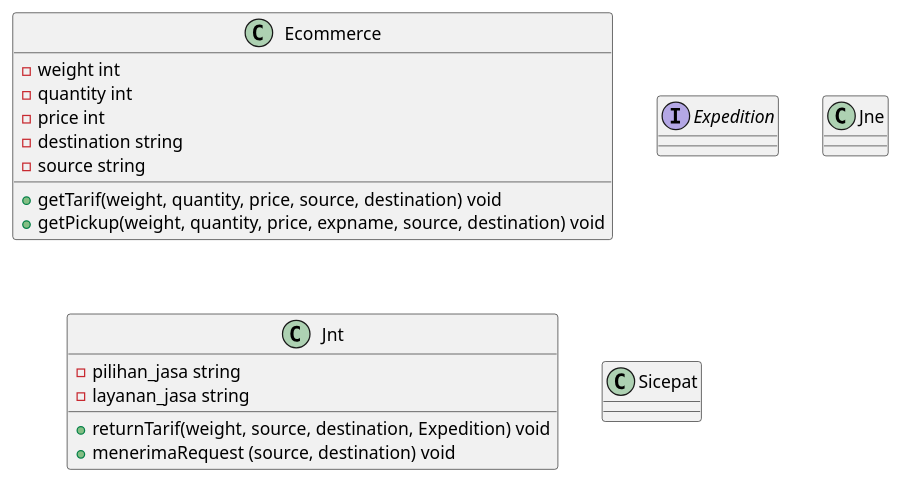
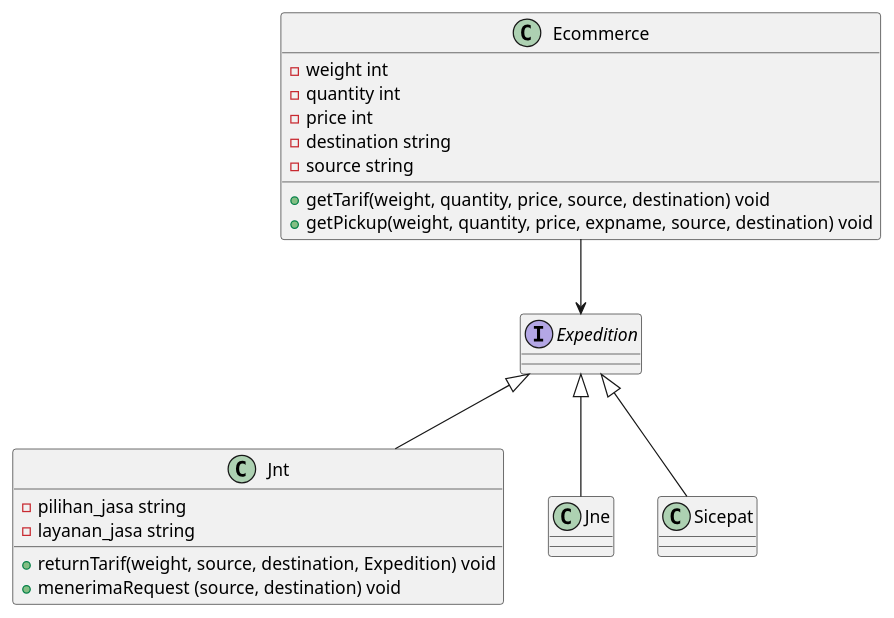
One commit to farhanzakiputra/pbpu-a-2022 changed the diagram in Kelompok 3/main.puml. Above: the diagram before and after it, drawn with PlantUML.

Commit message:
Penambahan relasi

```diff
--- a/Kelompok 3/main.puml
+++ b/Kelompok 3/main.puml
@@ -1,34 +1,39 @@
 @startuml Main
+
+Ecommerce --> Expedition
+Expedition <|-- Jnt
+Expedition <|-- Jne
+Expedition <|-- Sicepat
 class Ecommerce {
     - weight int
     - quantity int
     - price int
     - destination string
     - source string
     + getTarif(weight, quantity, price, source, destination) void
     + getPickup(weight, quantity, price, expname, source, destination) void
 }
 
 interface Expedition {
 /' #TODO: Populate '/
 }
 
 class Jne {
 /' #TODO: Populate '/
 }
 
 class Jnt {
     - pilihan_jasa string
     - layanan_jasa string
     + returnTarif(weight, source, destination, Expedition) void
     + menerimaRequest (source, destination) void
 }
 
 class Sicepat {
 /' #TODO: Populate '/
 }
 
 /' TODO: Add diagram link '/
 
 
 @enduml
```
